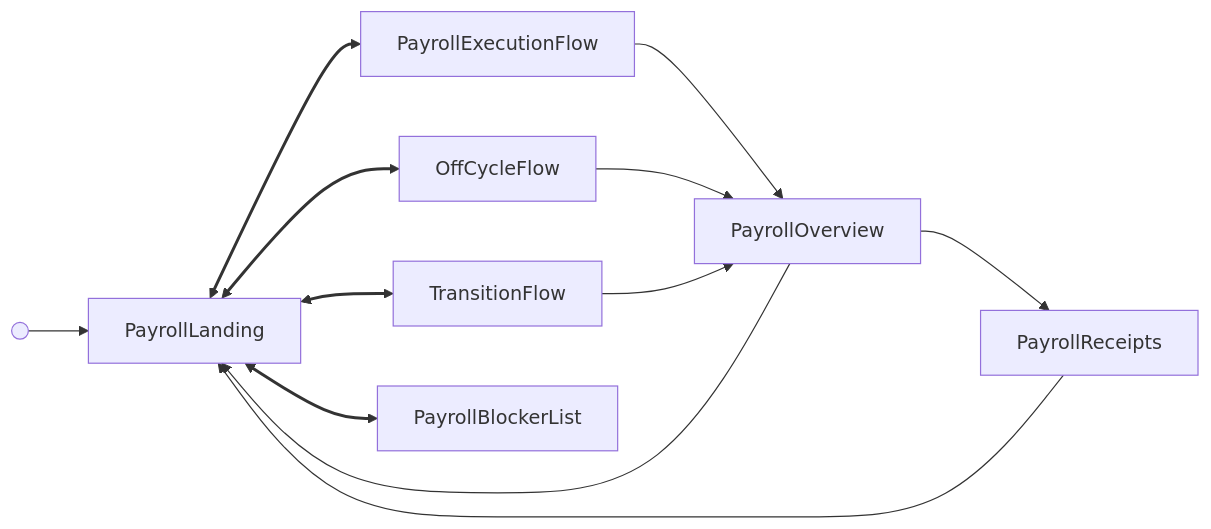
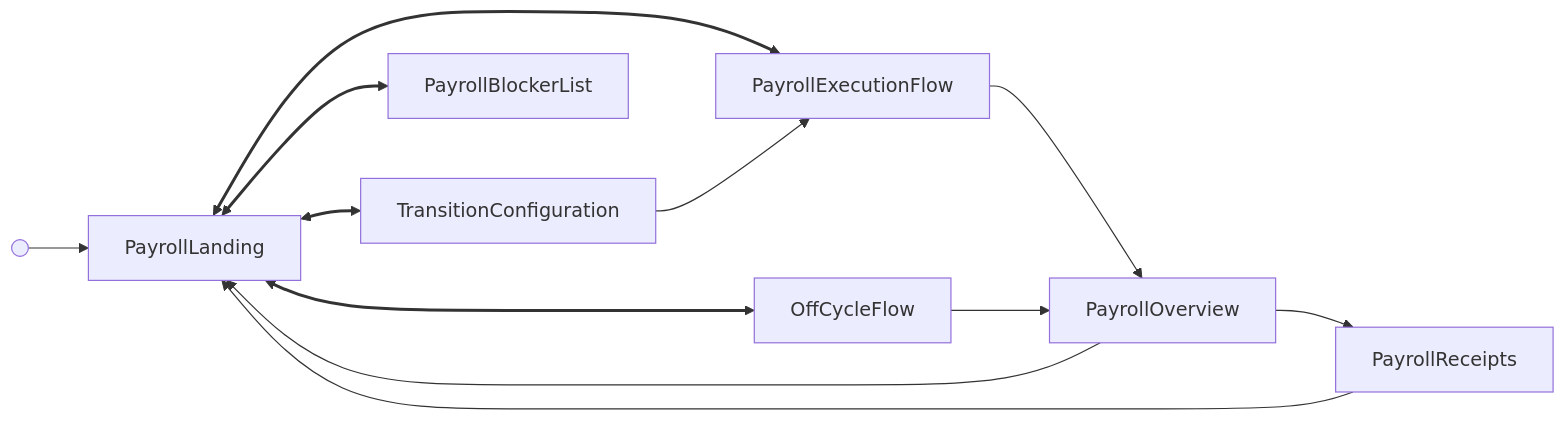
Before and after one commit to Gusto/embedded-react-sdk: the diagram in docs/reference/payroll/payroll-flow.md, drawn with Mermaid. The commit also changed other lines of this file and 24 other files, not shown here.

First line of the commit message:
feat!: route transition payrolls to TransitionConfiguration in PayrollFlow

````diff
--- a/docs/reference/payroll/payroll-flow.md
+++ b/docs/reference/payroll/payroll-flow.md
@@ -86,18 +88,17 @@
 ```mermaid
 flowchart LR
   start@{ shape: sm-circ } --> Landing["PayrollLanding"]
   Landing <--> Execution["PayrollExecutionFlow"]
   Landing <--> OffCycle["OffCycleFlow"]
-  Landing <--> Transition["TransitionFlow"]
+  Landing <--> Transition["TransitionConfiguration"]
   Landing <--> Blockers["PayrollBlockerList"]
+  Transition --> Execution
   Execution --> SubmittedOverview["PayrollOverview"]
   OffCycle --> SubmittedOverview
-  Transition --> SubmittedOverview
   SubmittedOverview --> SubmittedReceipts["PayrollReceipts"]
   SubmittedOverview --> Landing
   SubmittedReceipts --> Landing
   class Execution flow
   class OffCycle flow
-  class Transition flow
   linkStyle 1,2,3,4 stroke-width:2.5px
 ```
````
